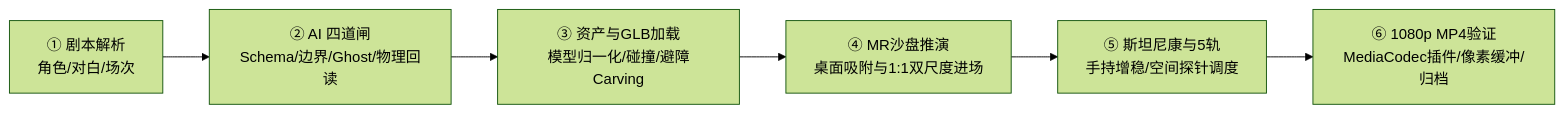
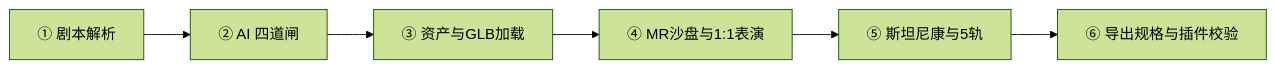
Before and after one commit to xrlite/ShotField: the diagram in README.md, drawn with Mermaid (forest theme). The commit also changed other lines of this file, not shown here.

````diff
--- a/README.md
+++ b/README.md
@@ -37,8 +49,8 @@
 ```mermaid
 flowchart LR
-    S1["① 剧本解析<br>角色/对白/场次"] --> S2["② AI 四道闸<br>Schema/边界/Ghost/物理回读"]
-    S2 --> S3["③ 资产与GLB加载<br>模型归一化/碰撞/避障Carving"]
-    S3 --> S4["④ MR沙盘推演<br>桌面吸附与1:1双尺度进场"]
-    S4 --> S5["⑤ 斯坦尼康与5轨<br>手持增稳/空间探针调度"]
-    S5 --> S6["⑥ 1080p MP4验证<br>MediaCodec插件/像素缓冲/归档"]
+    S1["① 剧本解析"] --> S2["② AI 四道闸"]
+    S2 --> S3["③ 资产与GLB加载"]
+    S3 --> S4["④ MR沙盘与1:1表演"]
+    S4 --> S5["⑤ 斯坦尼康与5轨"]
+    S5 --> S6["⑥ 导出规格与插件校验"]
 ```
````
